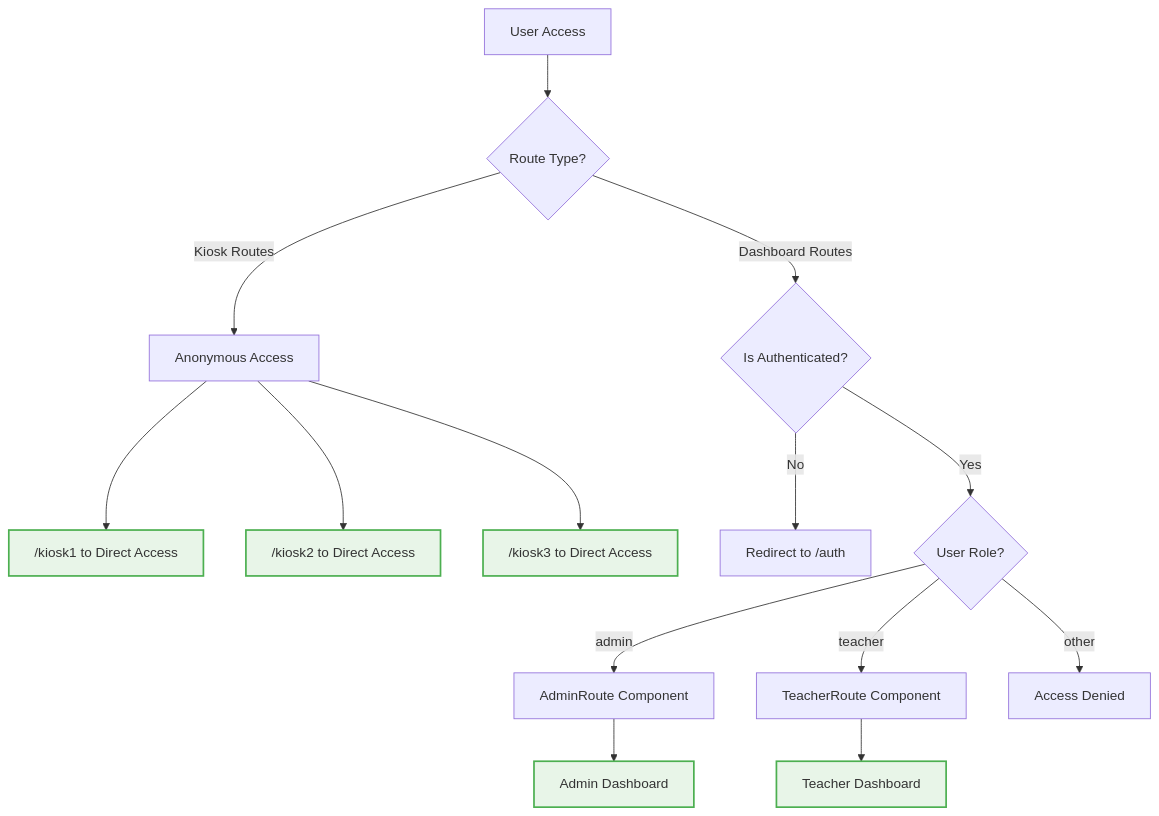
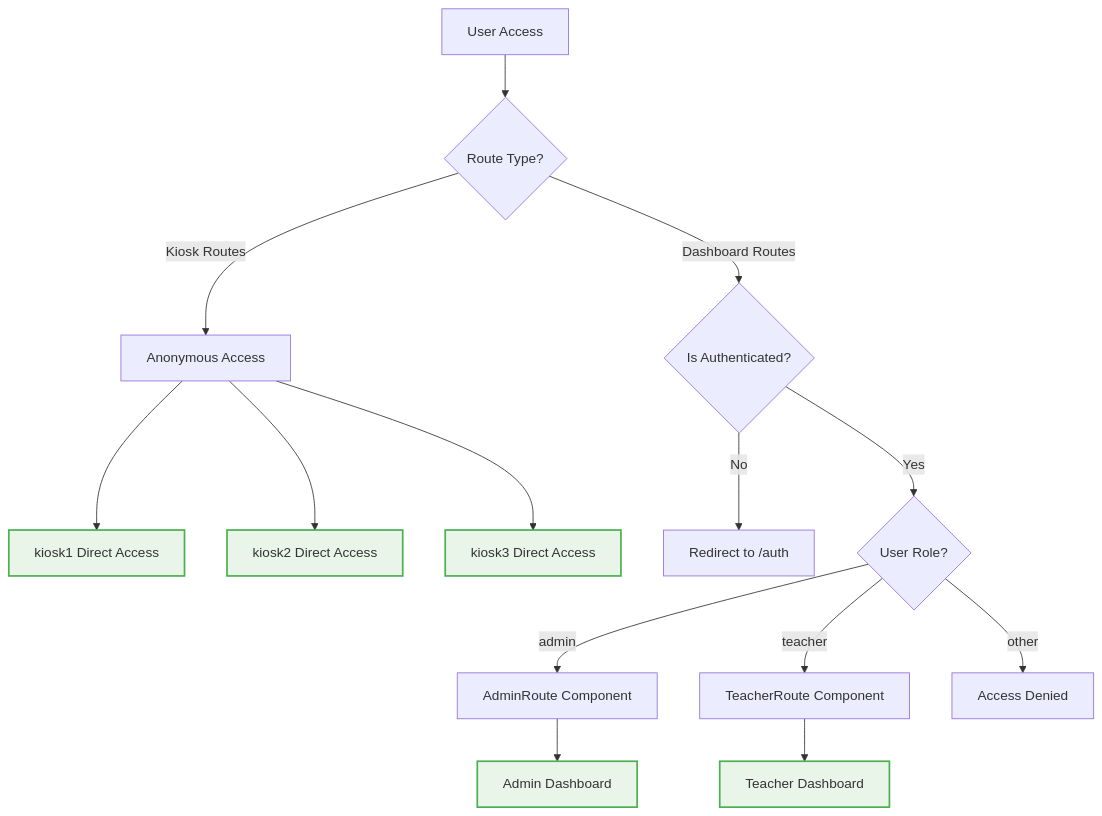
The first of 4 diagrams in Docs/Flowcharts/Sprint-02-Targets/05-updated-authentication.md (Splurfa/bx-os), drawn with Mermaid before and after one commit. The commit also changed other lines of this file and 9 other files, not shown here.

First line of the commit message:
Fix Mermaid syntax errors

````diff
--- a/Docs/Flowcharts/Sprint-02-Targets/05-updated-authentication.md
+++ b/Docs/Flowcharts/Sprint-02-Targets/05-updated-authentication.md
@@ -7,26 +7,26 @@
 ```mermaid
 flowchart TD
     A[User Access] --> B{Route Type?}
     B -->|Kiosk Routes| C[Anonymous Access]
     B -->|Dashboard Routes| D{Is Authenticated?}
     
-    C --> E["/kiosk1 to Direct Access"]
-    C --> F["/kiosk2 to Direct Access"]
-    C --> G["/kiosk3 to Direct Access"]
+    C --> E[kiosk1 Direct Access]
+    C --> F[kiosk2 Direct Access]
+    C --> G[kiosk3 Direct Access]
     
     D -->|No| H[Redirect to /auth]
     D -->|Yes| I{User Role?}
     
     I -->|admin| J[AdminRoute Component]
     I -->|teacher| K[TeacherRoute Component]
     I -->|other| L[Access Denied]
     
     J --> M[Admin Dashboard]
     K --> N[Teacher Dashboard]
     
     style E fill:#e8f5e8,stroke:#4caf50,stroke-width:2px
     style F fill:#e8f5e8,stroke:#4caf50,stroke-width:2px
     style G fill:#e8f5e8,stroke:#4caf50,stroke-width:2px
     style M fill:#e8f5e8,stroke:#4caf50,stroke-width:2px
     style N fill:#e8f5e8,stroke:#4caf50,stroke-width:2px
 ```
````
